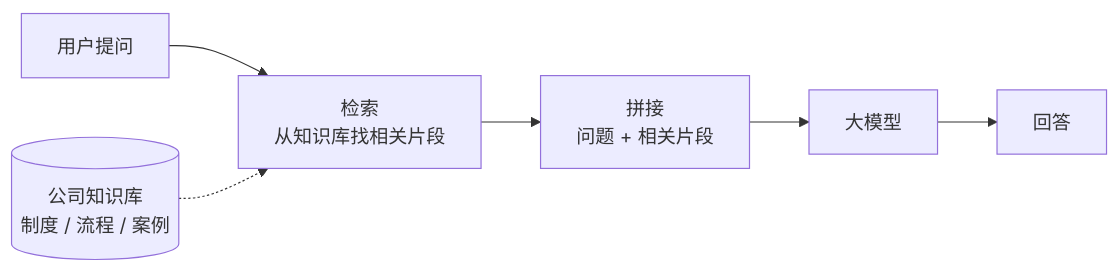
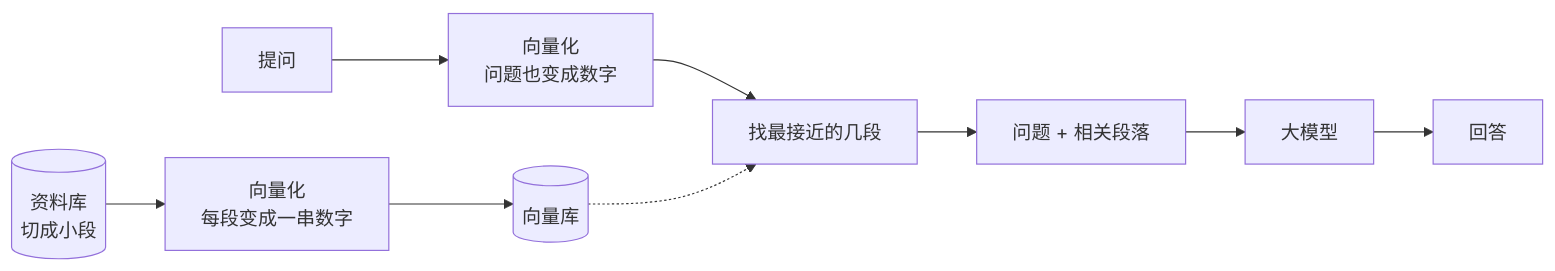
Before and after one commit to rangerqu/intro-agentic-ai: the second of 8 diagrams in slides.md, drawn with Mermaid. The commit also changed other lines of this file and 1 other file, not shown here.

````diff
--- a/slides.md
+++ b/slides.md
@@ -1224,9 +1183,11 @@
-```mermaid {scale: 0.7}
+```mermaid {scale: 0.62}
 flowchart LR
-  U[用户提问] --> R[检索<br/>从知识库找相关片段]
-  R --> C[拼接<br/>问题 + 相关片段]
+  D[(资料库<br/>切成小段)] --> V1[向量化<br/>每段变成一串数字]
+  V1 --> K[(向量库)]
+  U[提问] --> V2[向量化<br/>问题也变成数字]
+  V2 --> S[找最接近的几段]
+  K -.-> S
+  S --> C[问题 + 相关段落]
   C --> M[大模型]
   M --> A[回答]
-
-  K[(公司知识库<br/>制度 / 流程 / 案例)] -.-> R
 ```
````
